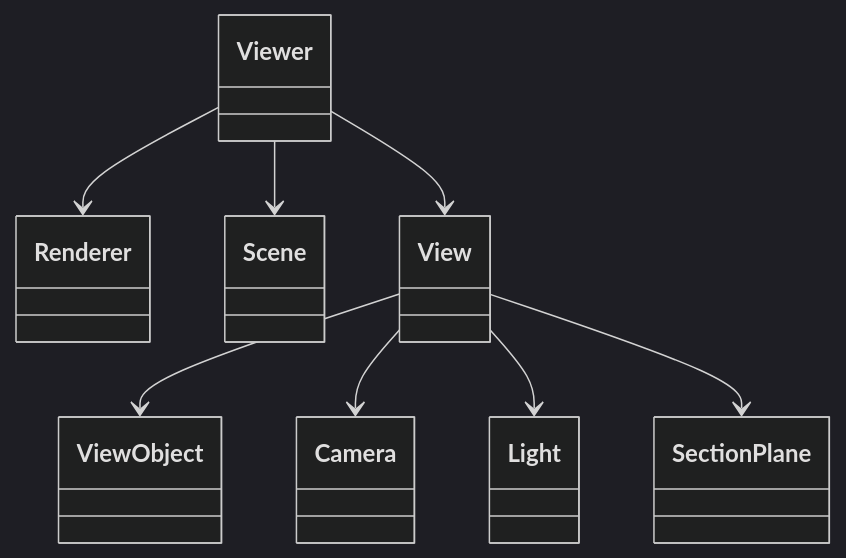
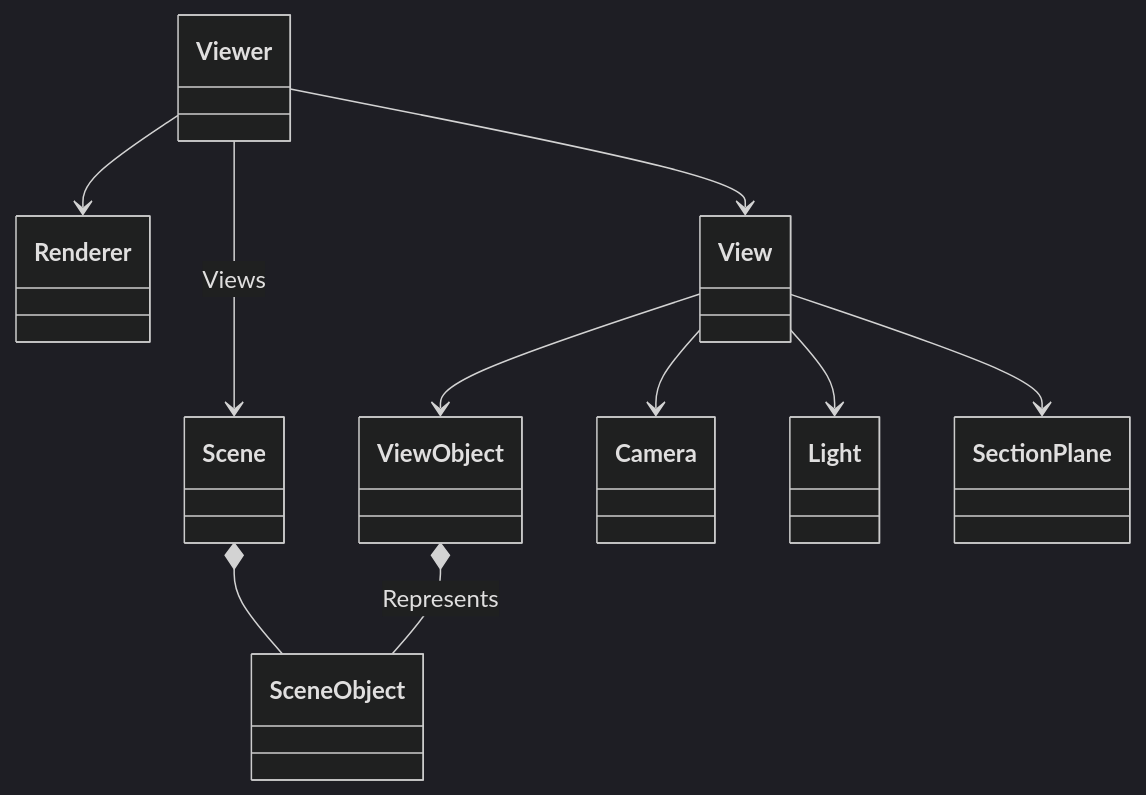
Before and after one commit to xeokit/sdk: the third of 3 diagrams in README.md, drawn with Mermaid (dark theme). The commit also changed other lines of this file, not shown here.

````diff
--- a/README.md
+++ b/README.md
@@ -81,10 +107,12 @@
 ```mermaid
 classDiagram
 Viewer-->Renderer
-Viewer-->Scene
+Viewer-->Scene: Views
+Scene *-- SceneObject
 Viewer-->View
 View-->ViewObject
+ViewObject *-- SceneObject: Represents
 View-->Camera
 View-->Light
 View-->SectionPlane
 ```
````
